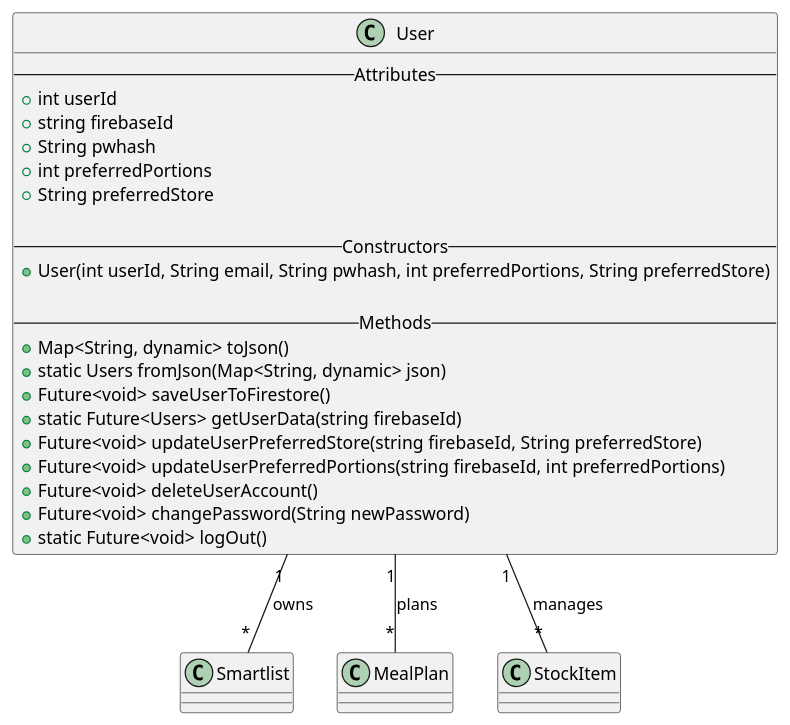
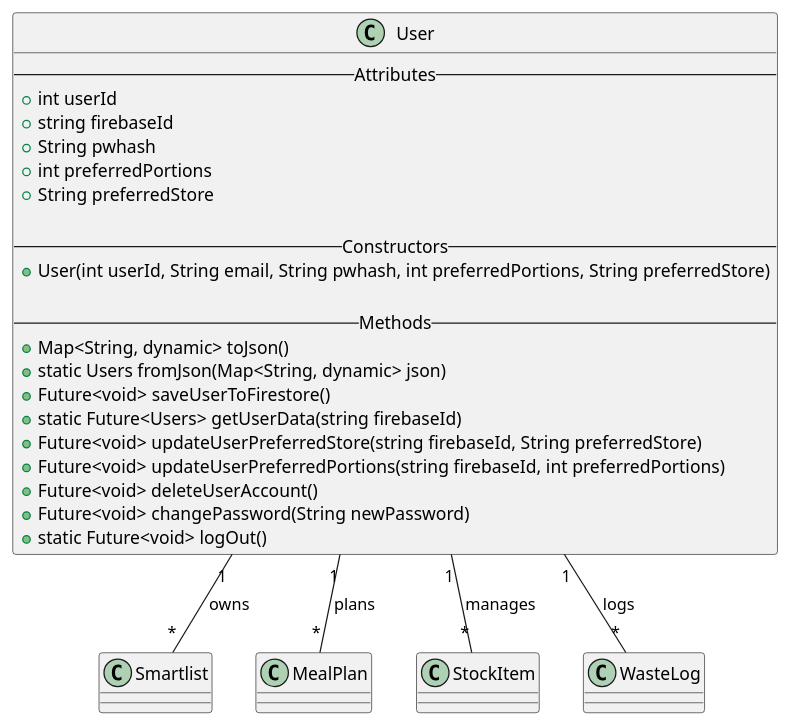
The diagram in documentation/designandmethods/classDiagrams/User.puml (jbrun001/foodmanager), drawn with PlantUML before and after one commit. The commit also changed 12 other files, not shown here.

```diff
--- a/documentation/designandmethods/classDiagrams/User.puml
+++ b/documentation/designandmethods/classDiagrams/User.puml
@@ -1,31 +1,32 @@
 @startuml
 
 class User {
     -- Attributes --
     + int userId
     + string firebaseId
     + String pwhash
     + int preferredPortions
     + String preferredStore
 
     -- Constructors --
     + User(int userId, String email, String pwhash, int preferredPortions, String preferredStore)
 
     -- Methods --
     + Map<String, dynamic> toJson()
     + static Users fromJson(Map<String, dynamic> json)
     + Future<void> saveUserToFirestore()
     + static Future<Users> getUserData(string firebaseId)
     + Future<void> updateUserPreferredStore(string firebaseId, String preferredStore)
     + Future<void> updateUserPreferredPortions(string firebaseId, int preferredPortions)
     + Future<void> deleteUserAccount()
     + Future<void> changePassword(String newPassword)
     + static Future<void> logOut()
 }
 
 
 User "1" -- "*" Smartlist : owns
 User "1" -- "*" MealPlan : plans
 User "1" -- "*" StockItem : manages
+User "1" -- "*" WasteLog : logs
 
 @enduml
```
